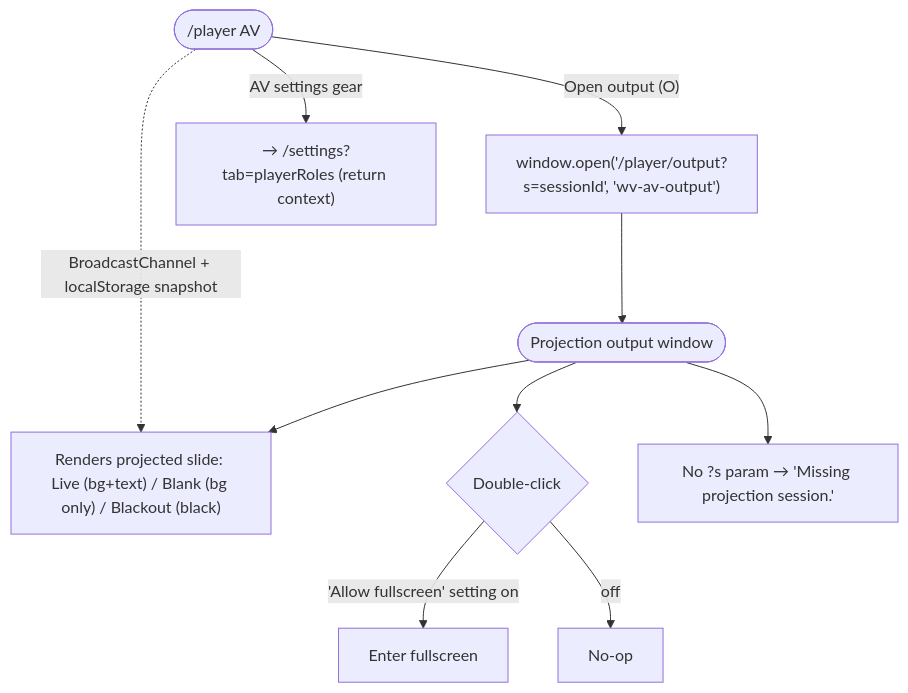
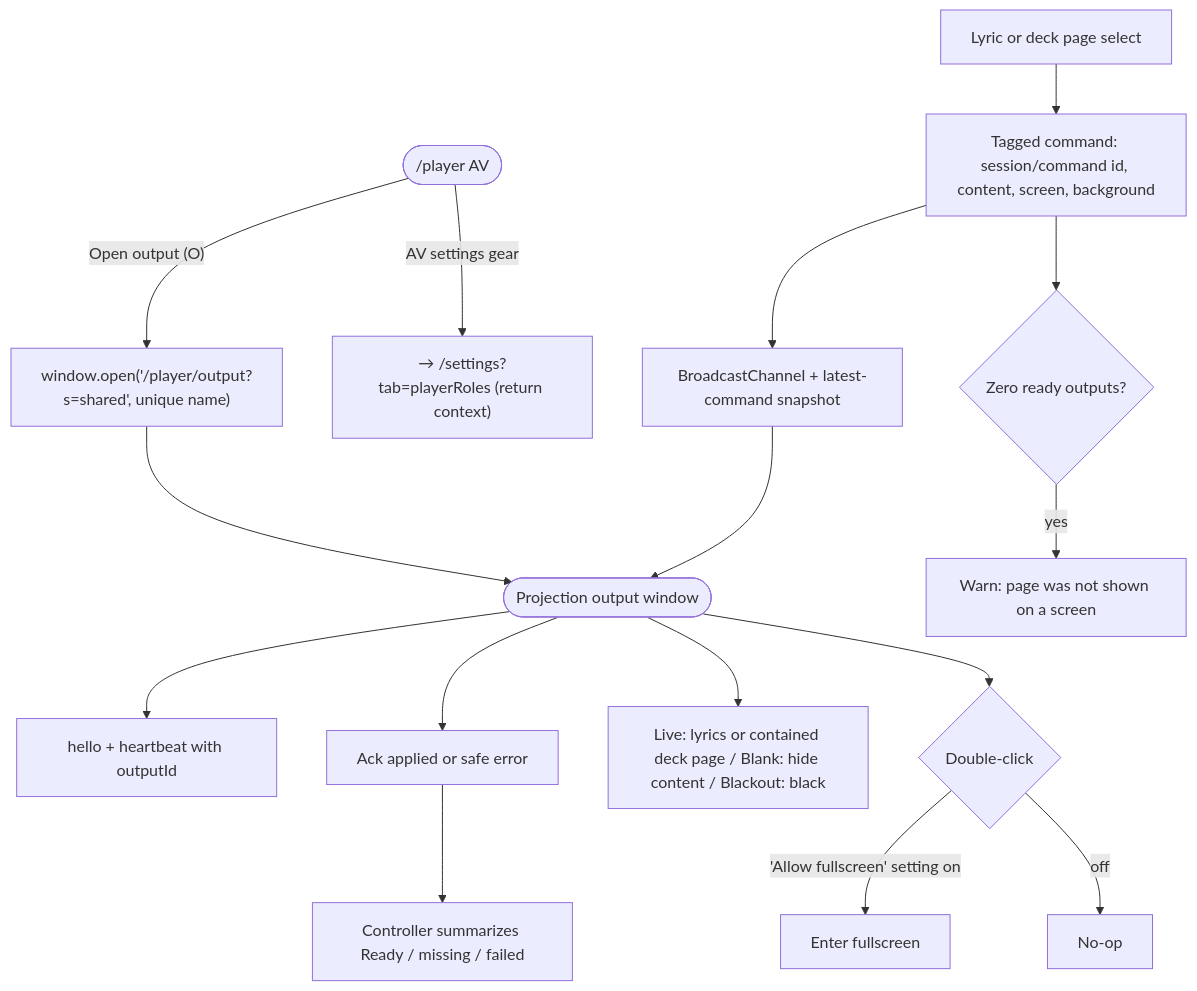
Before and after one commit to xilefmusics/worship_viewer: diagram 38 of 54 in docs/architecture/frontend-user-flows.md, drawn with Mermaid. The commit also changed other lines of this file and 24 other files, not shown here.

First line of the commit message:
feat(frontend): add AV projection protocol and deck pages

````diff
--- a/docs/architecture/frontend-user-flows.md
+++ b/docs/architecture/frontend-user-flows.md
@@ -646,12 +646,18 @@
 ```mermaid
 flowchart TD
-    av(["/player AV"]) -->|"Open output (O)"| open["window.open('/player/output?s=sessionId', 'wv-av-output')"]
+    av(["/player AV"]) -->|"Open output (O)"| open["window.open('/player/output?s=shared', unique name)"]
     open --> out(["Projection output window"])
-    out --> render["Renders projected slide: Live (bg+text) / Blank (bg only) / Blackout (black)"]
-    av -. "BroadcastChannel + localStorage snapshot" .-> render
+    out --> hello["hello + heartbeat with outputId"]
+    page["Lyric or deck page select"] --> cmd["Tagged command: session/command id, content, screen, background"]
+    cmd --> bc["BroadcastChannel + latest-command snapshot"]
+    bc --> out
+    out --> ack["Ack applied or safe error"]
+    ack --> registry["Controller summarizes Ready / missing / failed"]
+    cmd --> warn{"Zero ready outputs?"}
+    warn -->|yes| missing["Warn: page was not shown on a screen"]
+    out --> render["Live: lyrics or contained deck page / Blank: hide content / Blackout: black"]
     out --> fs{"Double-click"}
     fs -->|'Allow fullscreen' setting on| full["Enter fullscreen"]
     fs -->|off| nofull["No-op"]
-    out --> missing["No ?s param → 'Missing projection session.'"]
     av -->|AV settings gear| settings["→ /settings?tab=playerRoles (return context)"]
 ```
````
